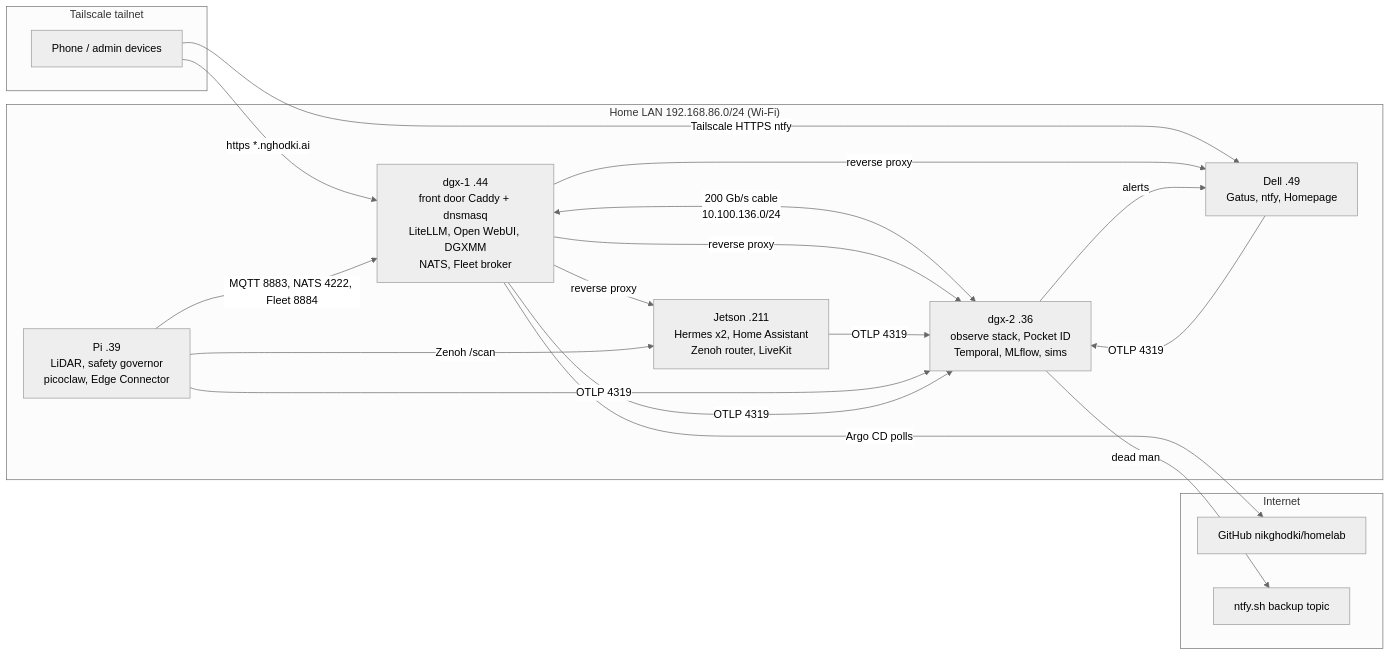
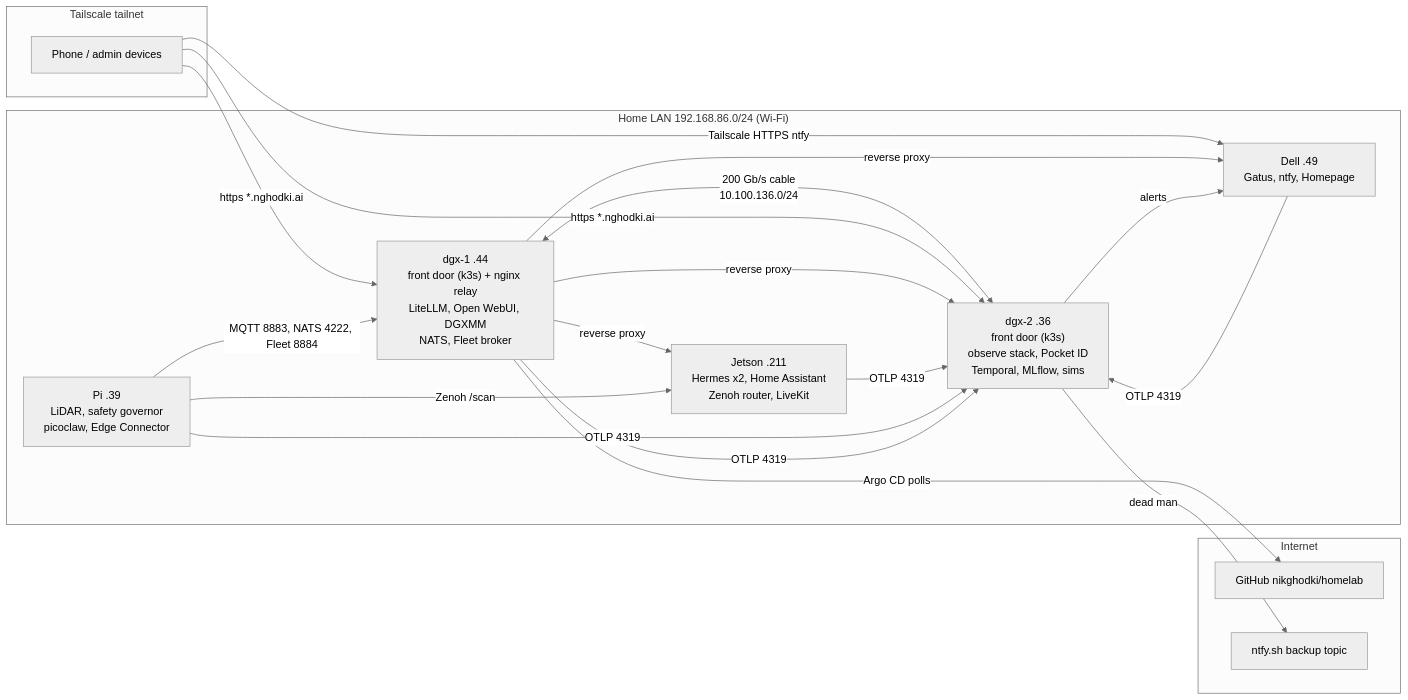
The diagram in docs-site/content/docs/overview/index.md (nikghodki/homelab), drawn with Mermaid (neutral theme) before and after one commit. The commit also changed other lines of this file and 140 other files, not shown here.

````diff
--- a/docs-site/content/docs/overview/index.md
+++ b/docs-site/content/docs/overview/index.md
@@ -29,29 +29,30 @@
 ```mermaid
 flowchart LR
   subgraph Internet
     GH[GitHub nikghodki/homelab]
     NTFYSH[ntfy.sh backup topic]
   end
   subgraph Tailnet["Tailscale tailnet"]
     PHONE[Phone / admin devices]
   end
   subgraph LAN["Home LAN 192.168.86.0/24 (Wi-Fi)"]
-    DGX1["dgx-1 .44<br/>front door Caddy + dnsmasq<br/>LiteLLM, Open WebUI, DGXMM<br/>NATS, Fleet broker"]
-    DGX2["dgx-2 .36<br/>observe stack, Pocket ID<br/>Temporal, MLflow, sims"]
+    DGX1["dgx-1 .44<br/>front door (k3s) + nginx relay<br/>LiteLLM, Open WebUI, DGXMM<br/>NATS, Fleet broker"]
+    DGX2["dgx-2 .36<br/>front door (k3s)<br/>observe stack, Pocket ID<br/>Temporal, MLflow, sims"]
     JET["Jetson .211<br/>Hermes x2, Home Assistant<br/>Zenoh router, LiveKit"]
     DELL["Dell .49<br/>Gatus, ntfy, Homepage"]
     PI["Pi .39<br/>LiDAR, safety governor<br/>picoclaw, Edge Connector"]
   end
   DGX1 <-->|"200 Gb/s cable<br/>10.100.136.0/24"| DGX2
   PHONE -- "https *.nghodki.ai" --> DGX1
+  PHONE -- "https *.nghodki.ai" --> DGX2
   PHONE -- "Tailscale HTTPS ntfy" --> DELL
   DGX1 -- "reverse proxy" --> DGX2
   DGX1 -- "reverse proxy" --> DELL
   DGX1 -- "reverse proxy" --> JET
   PI -- "Zenoh /scan" --> JET
   PI -- "MQTT 8883, NATS 4222, Fleet 8884" --> DGX1
   JET & PI & DELL & DGX1 -- "OTLP 4319" --> DGX2
   DGX2 -- "alerts" --> DELL
   DGX2 -- "dead man" --> NTFYSH
   DGX1 -- "Argo CD polls" --> GH
 ```
````
